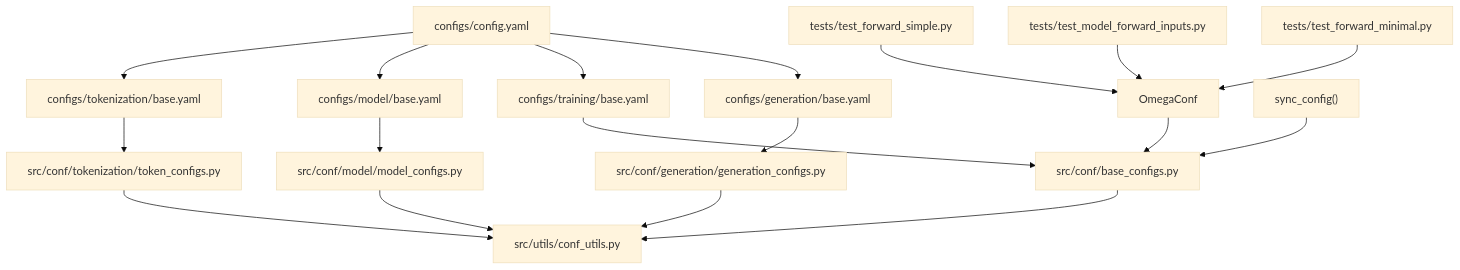
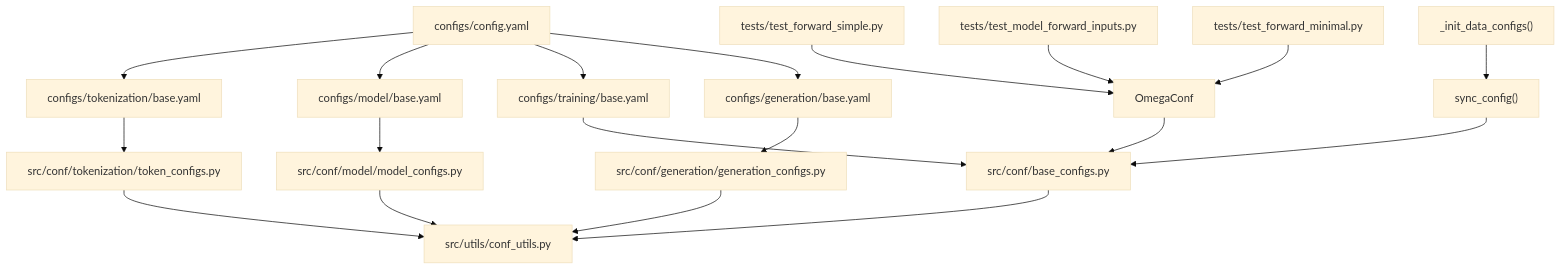
One commit to alibaba/graph-gpt changed the tenth of 10 diagrams in .qoder/repowiki/en/content/Configuration System/Configuration System.md. Above: the diagram before and after it, drawn with Mermaid (base theme). The commit also changed other lines of this file and 4 other files, not shown here.

````diff
--- a/.qoder/repowiki/en/content/Configuration System/Configuration System.md
+++ b/.qoder/repowiki/en/content/Configuration System/Configuration System.md
@@ -638,20 +675,21 @@
 ```mermaid
 graph TB
 Y1["configs/tokenization/base.yaml"] --> DC1["src/conf/tokenization/token_configs.py"]
 Y2["configs/model/base.yaml"] --> DC2["src/conf/model/model_configs.py"]
 Y3["configs/training/base.yaml"] --> DC3["src/conf/base_configs.py"]
 Y4["configs/generation/base.yaml"] --> DC4["src/conf/generation/generation_configs.py"]
 DC1 --> U["src/utils/conf_utils.py"]
 DC2 --> U
 DC3 --> U
 DC4 --> U
 Orchestrator["configs/config.yaml"] --> Y1
 Orchestrator --> Y2
 Orchestrator --> Y3
 Orchestrator --> Y4
 T1["tests/test_forward_simple.py"] --> OC["OmegaConf"]
 T2["tests/test_model_forward_inputs.py"] --> OC
 T3["tests/test_forward_minimal.py"] --> OC
 OC --> DC3
 Sync["sync_config()"] --> DC3
+Pipeline["_init_data_configs()"] --> Sync
 ```
````
